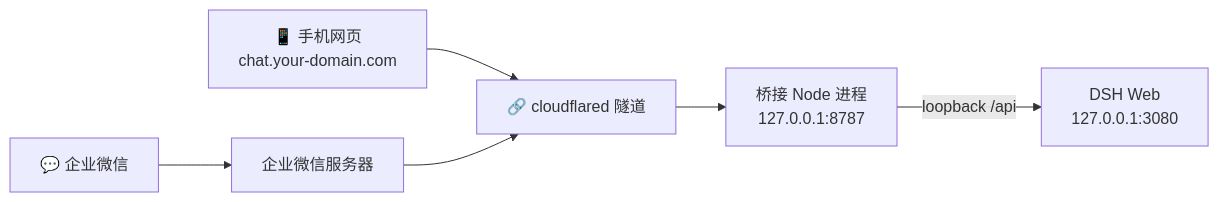
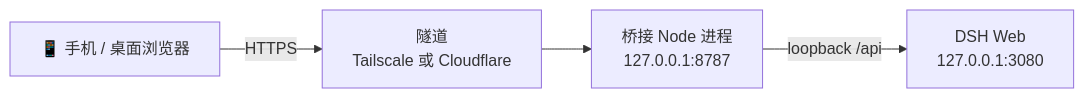
One commit to Joewhoa/dsh-roam changed the diagram in README.md. Above: the diagram before and after it, drawn with Mermaid. The commit also changed other lines of this file and 20 other files, not shown here.

Commit message:
合并 Tailscale/Cloudflare 双部署，移除企业微信，重写 README

````diff
--- a/README.md
+++ b/README.md
@@ -23,7 +14,6 @@
 ```mermaid
 flowchart LR
-    Web["📱 手机网页<br/>chat.your-domain.com"] --> Tunnel["🔗 cloudflared 隧道"]
-    WeCom["💬 企业微信"] --> WeComServer["企业微信服务器"] --> Tunnel
-    Tunnel --> Bridge["桥接 Node 进程<br/>127.0.0.1:8787"]
-    Bridge -->|"loopback /api"| DSH["DSH Web<br/>127.0.0.1:3080"]
+    B["📱 手机 / 桌面浏览器"] -->|"HTTPS"| T["隧道<br/>Tailscale 或 Cloudflare"]
+    T --> S["桥接 Node 进程<br/>127.0.0.1:8787"]
+    S -->|"loopback /api"| D["DSH Web<br/>127.0.0.1:3080"]
 ```
````
